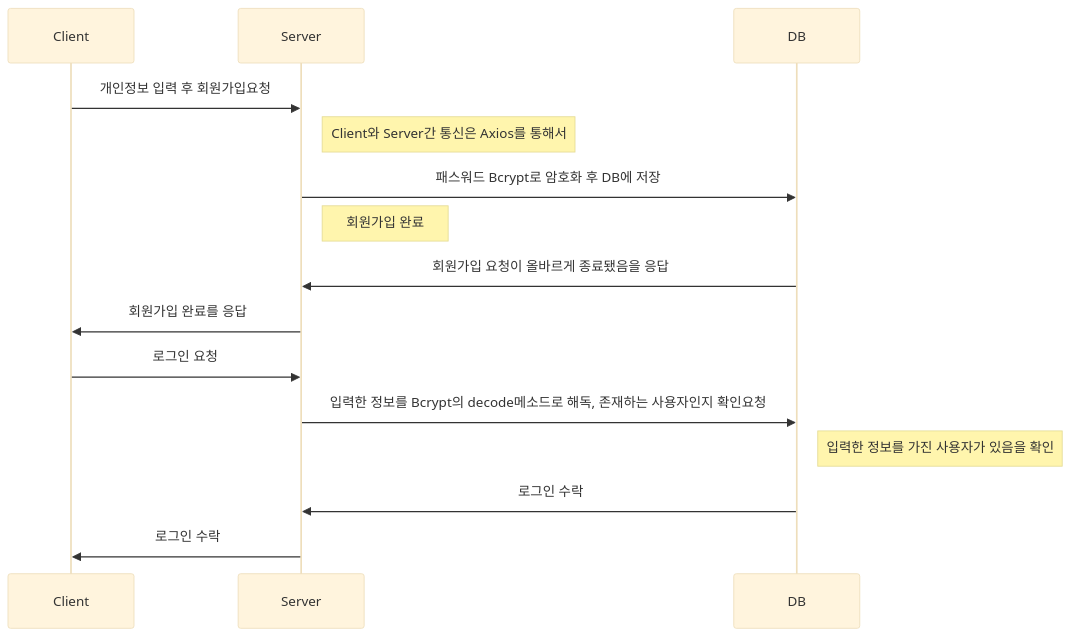
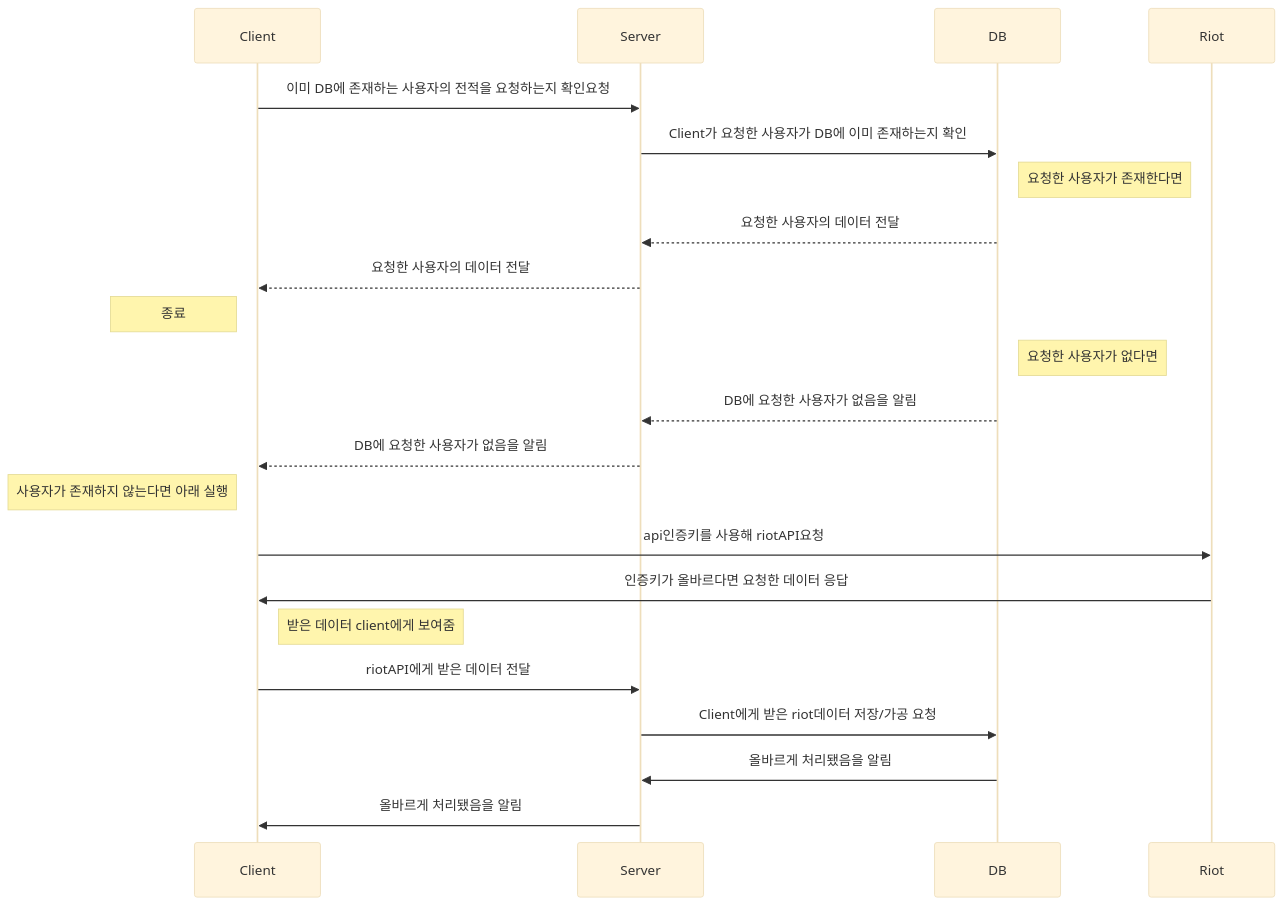
Before and after one commit to ysh038/Arcane: the second of 2 diagrams in README.md, drawn with Mermaid (base theme). The commit also changed other lines of this file, not shown here.

````diff
--- a/README.md
+++ b/README.md
@@ -73,15 +75,24 @@
 ```mermaid
 sequenceDiagram
-Client->> Server: 개인정보 입력 후 회원가입요청
-Note right of Server : Client와 Server간 통신은 Axios를 통해서
-Server->>DB: 패스워드 Bcrypt로 암호화 후 DB에 저장
-Note right of Server: 회원가입 완료
-DB->>Server: 회원가입 요청이 올바르게 종료됐음을 응답
-Server->>Client: 회원가입 완료를 응답
+Client->> Server: 이미 DB에 존재하는 사용자의 전적을 요청하는지 확인요청
+Server->> DB : Client가 요청한 사용자가 DB에 이미 존재하는지 확인
 
-Client->> Server: 로그인 요청
-Server->> DB: 입력한 정보를 Bcrypt의 decode메소드로 해독, 존재하는 사용자인지 확인요청
-Note right of DB: 입력한 정보를 가진 사용자가 있음을 확인
-DB->>Server: 로그인 수락
-Server->>Client: 로그인 수락
-```
+Note right of DB : 요청한 사용자가 존재한다면
+DB-->> Server : 요청한 사용자의 데이터 전달
+Server -->> Client : 요청한 사용자의 데이터 전달
+Note left of Client : 종료
+
+Note right of DB : 요청한 사용자가 없다면
+DB-->> Server : DB에 요청한 사용자가 없음을 알림
+Server-->>Client :  DB에 요청한 사용자가 없음을 알림
+
+Note left of Client: 사용자가 존재하지 않는다면 아래 실행
+Client->> Riot: api인증키를 사용해 riotAPI요청
+Riot->>Client: 인증키가 올바르다면 요청한 데이터 응답
+Note right of Client: 받은 데이터 client에게 보여줌
+
+Client->> Server: riotAPI에게 받은 데이터 전달
+Server->>DB: Client에게 받은 riot데이터 저장/가공 요청
+DB->>Server: 올바르게 처리됐음을 알림
+Server->>Client: 올바르게 처리됐음을 알림
+``` 
````
